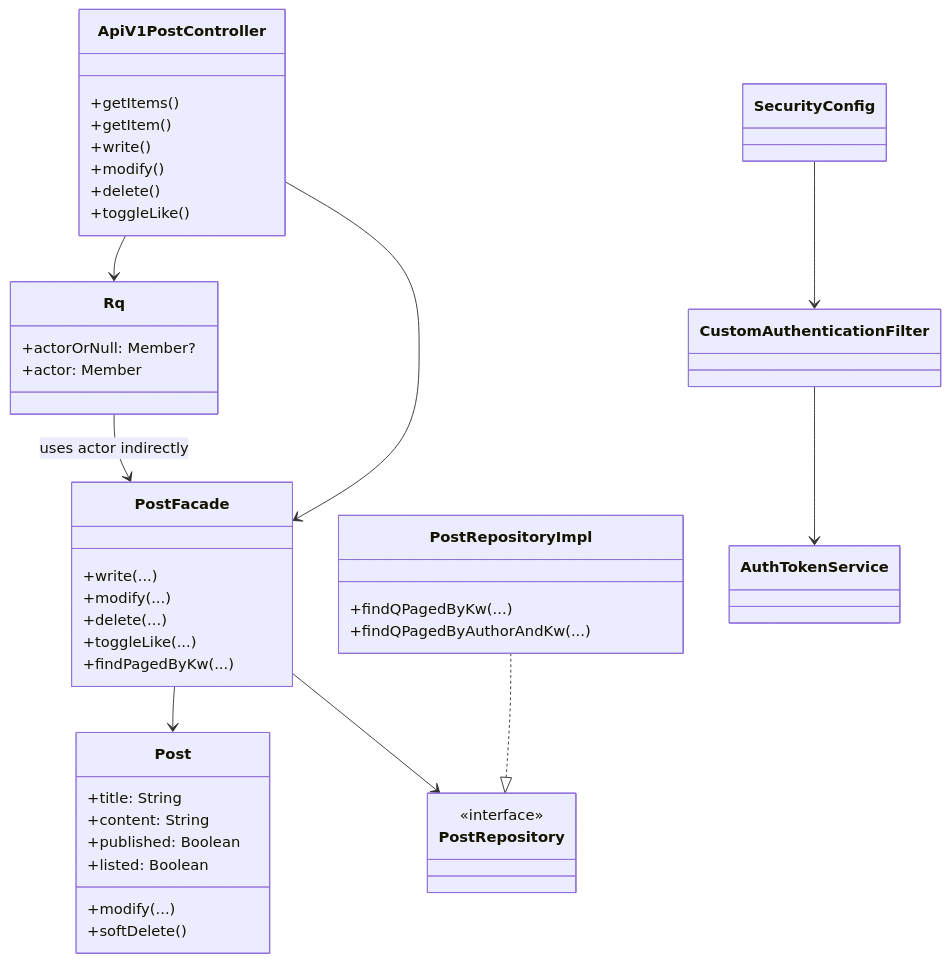
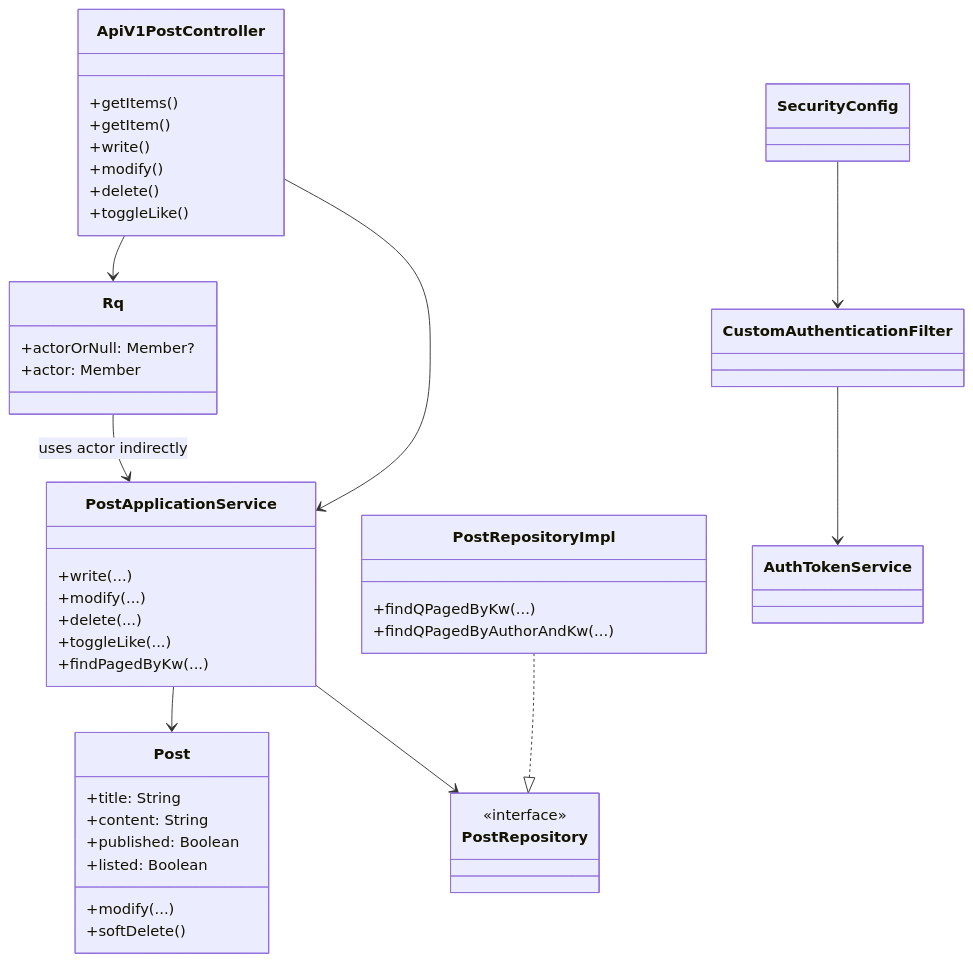
The fifth of 7 diagrams in back/README.md (AquilaXk/aquila-blog), drawn with Mermaid before and after one commit. The commit also changed other lines of this file and 2 other files, not shown here.

````diff
--- a/back/README.md
+++ b/back/README.md
@@ -949,55 +951,55 @@
 ```mermaid
 classDiagram
     class ApiV1PostController {
         +getItems()
         +getItem()
         +write()
         +modify()
         +delete()
         +toggleLike()
     }
 
     class Rq {
         +actorOrNull: Member?
         +actor: Member
     }
 
-    class PostFacade {
+    class PostApplicationService {
         +write(...)
         +modify(...)
         +delete(...)
         +toggleLike(...)
         +findPagedByKw(...)
     }
 
     class Post {
         +title: String
         +content: String
         +published: Boolean
         +listed: Boolean
         +modify(...)
         +softDelete()
     }
 
     class PostRepository {
         <<interface>>
     }
 
     class PostRepositoryImpl {
         +findQPagedByKw(...)
         +findQPagedByAuthorAndKw(...)
     }
 
     class CustomAuthenticationFilter
     class SecurityConfig
     class AuthTokenService
 
-    ApiV1PostController --> PostFacade
+    ApiV1PostController --> PostApplicationService
     ApiV1PostController --> Rq
-    PostFacade --> PostRepository
-    PostFacade --> Post
+    PostApplicationService --> PostRepository
+    PostApplicationService --> Post
     PostRepositoryImpl ..|> PostRepository
     SecurityConfig --> CustomAuthenticationFilter
     CustomAuthenticationFilter --> AuthTokenService
-    Rq --> PostFacade : uses actor indirectly
+    Rq --> PostApplicationService : uses actor indirectly
 ```
````
